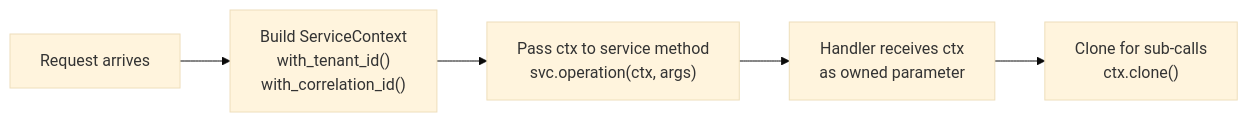
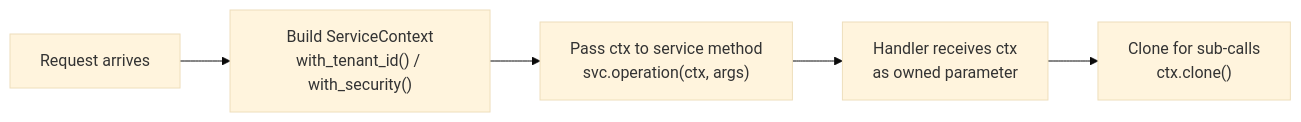
One commit to pablogore/ego-rs changed the sixth of 11 diagrams in COOKBOOK.md. Above: the diagram before and after it, drawn with Mermaid (base theme). The commit also changed other lines of this file, not shown here.

````diff
--- a/COOKBOOK.md
+++ b/COOKBOOK.md
@@ -257,7 +423,7 @@
 ```mermaid
 flowchart LR
-    A["Request arrives"] --> B["Build ServiceContext<br/>with_tenant_id()<br/>with_correlation_id()"]
+    A["Request arrives"] --> B["Build ServiceContext<br/>with_tenant_id() / with_security()"]
     B --> C["Pass ctx to service method<br/>svc.operation(ctx, args)"]
     C --> D["Handler receives ctx<br/>as owned parameter"]
     D --> E["Clone for sub-calls<br/>ctx.clone()"]
 ```
````
